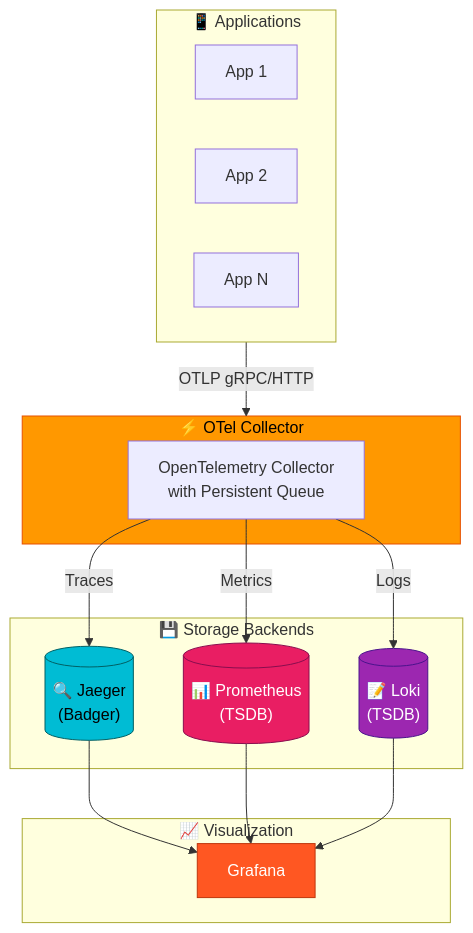
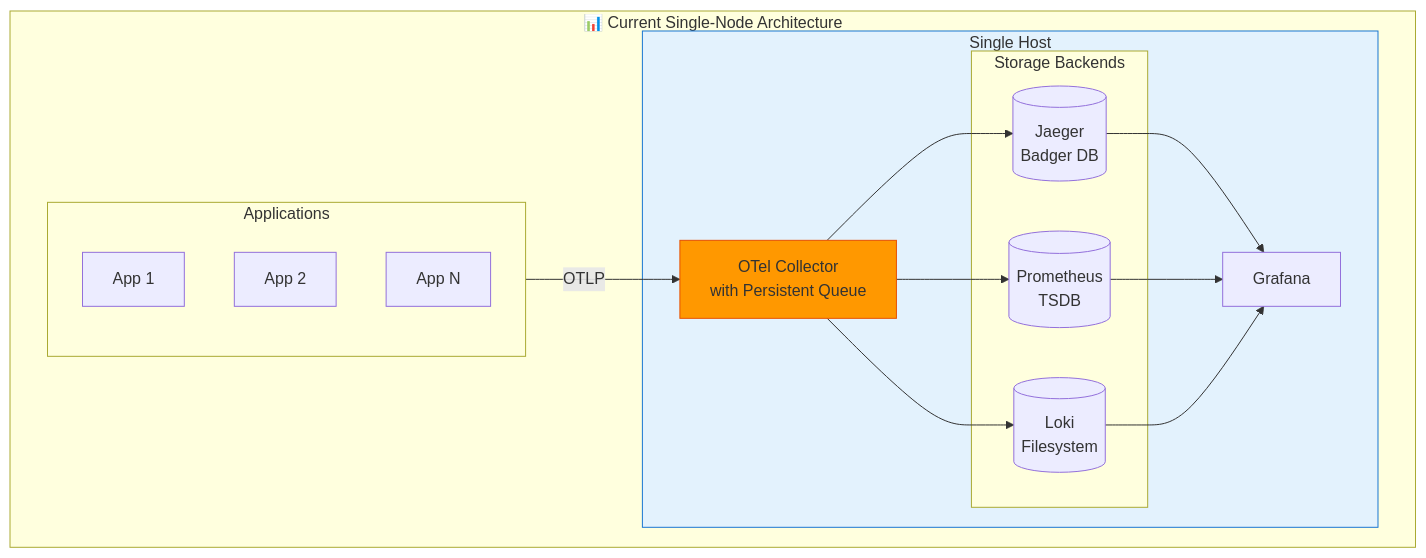
One commit to shivam-g-mishra/opensource-otel-setup changed the first of 22 diagrams in docs/scalable-architecture-proposal.md. Above: the diagram before and after it, drawn with Mermaid. The commit also changed other lines of this file, not shown here.

First line of the commit message:
docs: restructure architecture proposal as formal architecture document

````diff
--- a/docs/scalable-architecture-proposal.md
+++ b/docs/scalable-architecture-proposal.md
@@ -815,34 +119,27 @@
 ```mermaid
 flowchart TB
-    subgraph Apps["📱 Applications"]
-        A1[App 1]
-        A2[App 2]
-        A3[App N]
+    subgraph Current["📊 Current Single-Node Architecture"]
+        subgraph Apps["Applications"]
+            A1[App 1] & A2[App 2] & A3[App N]
+        end
+        
+        subgraph Node["Single Host"]
+            OC[OTel Collector<br/>with Persistent Queue]
+            
+            subgraph Backends["Storage Backends"]
+                J[("Jaeger<br/>Badger DB")]
+                P[("Prometheus<br/>TSDB")]
+                L[("Loki<br/>Filesystem")]
+            end
+            
+            G[Grafana]
+        end
+        
+        Apps -->|OTLP| OC
+        OC --> J & P & L
+        J & P & L --> G
     end
-
-    subgraph Collector["⚡ OTel Collector"]
-        OC[OpenTelemetry Collector<br/>with Persistent Queue]
-    end
-
-    subgraph Storage["💾 Storage Backends"]
-        J[("🔍 Jaeger<br/>(Badger)")]
-        P[("📊 Prometheus<br/>(TSDB)")]
-        L[("📝 Loki<br/>(TSDB)")]
-    end
-
-    subgraph Viz["📈 Visualization"]
-        G[Grafana]
-    end
-
-    Apps -->|OTLP gRPC/HTTP| Collector
-    OC -->|Traces| J
-    OC -->|Metrics| P
-    OC -->|Logs| L
-    J & P & L --> G
-
-    style Collector fill:#ff9800,stroke:#e65100,color:#000
-    style J fill:#00bcd4,stroke:#006064,color:#000
-    style P fill:#e91e63,stroke:#880e4f,color:#fff
-    style L fill:#9c27b0,stroke:#4a148c,color:#fff
-    style G fill:#ff5722,stroke:#bf360c,color:#fff
+    
+    style Node fill:#e3f2fd,stroke:#1976d2
+    style OC fill:#ff9800,stroke:#e65100
 ```
````
